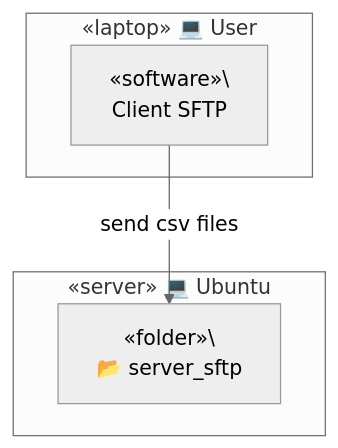
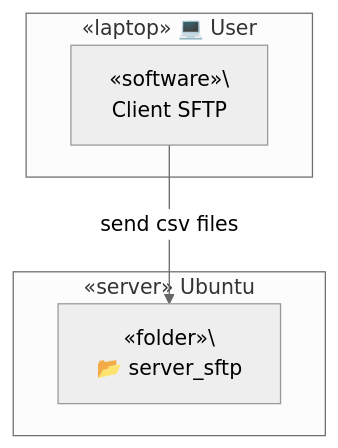
Before and after one commit to TrulyDigital/DATA_STREET: the second of 4 diagrams in server_sftp/README.md, drawn with Mermaid (neutral theme).

Commit message:
update: server_sftp README.md

````diff
--- a/server_sftp/README.md
+++ b/server_sftp/README.md
@@ -14,13 +14,13 @@
 ```mermaid
 graph TD
     
     subgraph Container_A [«laptop» 💻 User]
         A1[«software»\<br> Client SFTP]
     end
 
-    subgraph Container_B [«server» 💻 Ubuntu]
+    subgraph Container_B [«server» Ubuntu]
         B1[«folder»\<br/> 📂 server_sftp]
     end
 
     A1 -- send csv files --> B1
 ```
````
